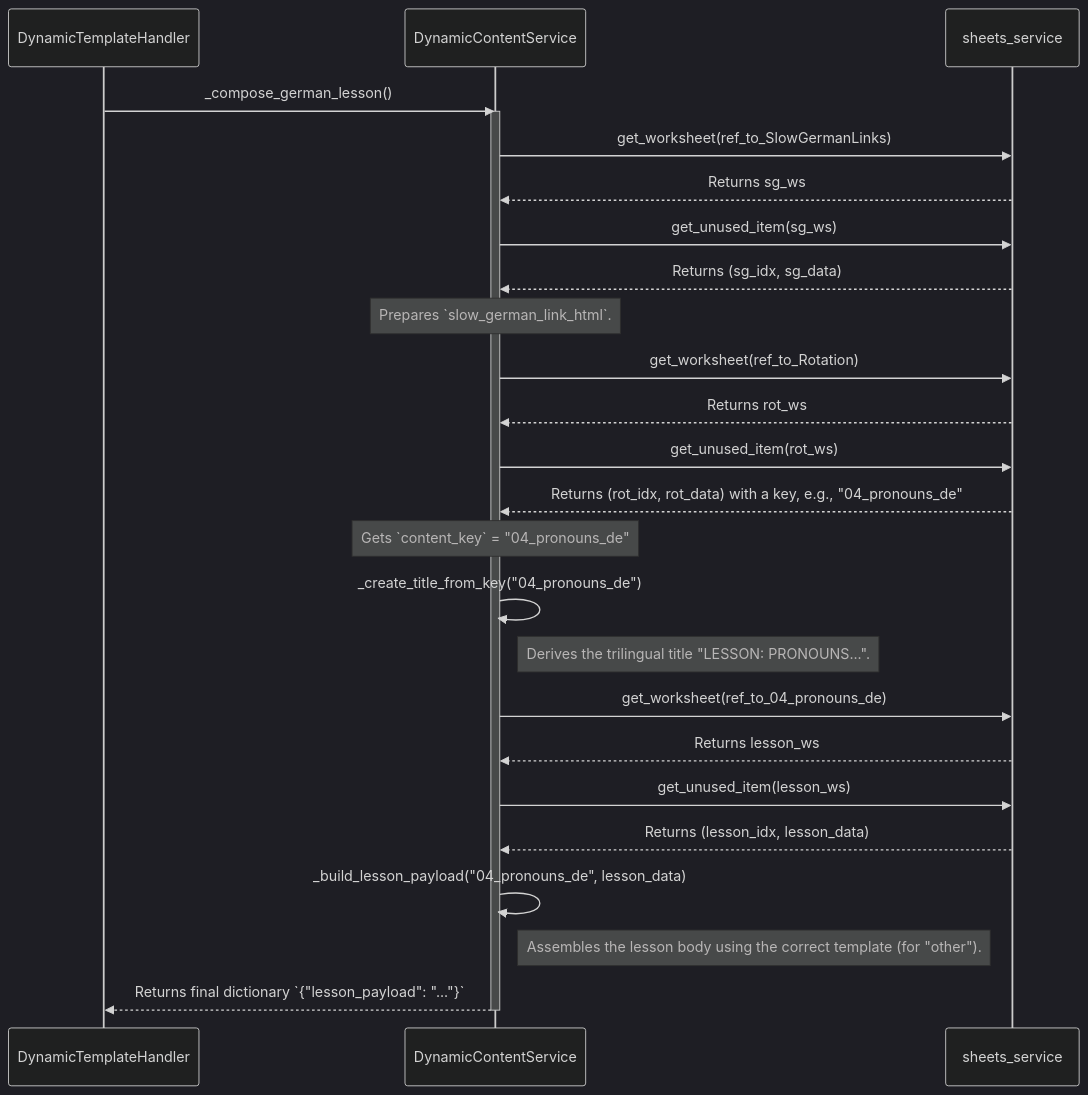
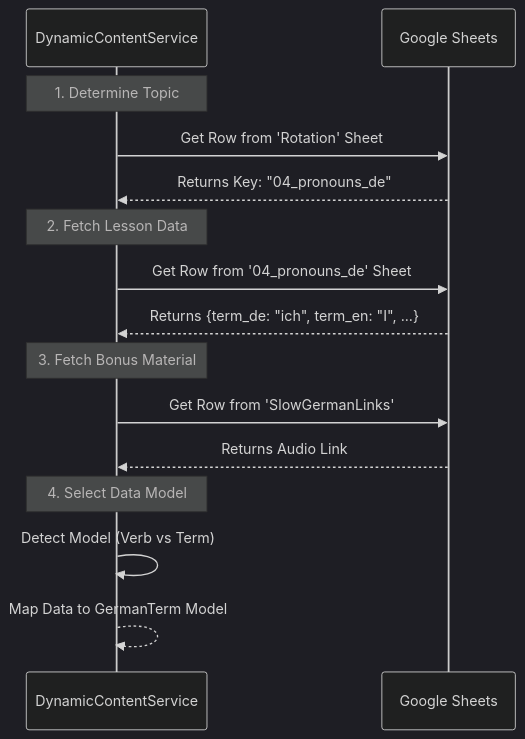
The second of 2 diagrams in docs/how_to/for_programmers/06_service_dynamic_content.md (OpenXFlow/PulserBot), drawn with Mermaid (dark theme) before and after one commit. The commit also changed other lines of this file and 105 other files, not shown here.

First line of the commit message:
docs: update architecture to v3.0 (Hybrid) and add redirect hub

````diff
--- a/docs/how_to/for_programmers/06_service_dynamic_content.md
+++ b/docs/how_to/for_programmers/06_service_dynamic_content.md
@@ -53,35 +57,21 @@
 ```mermaid
 sequenceDiagram
-    participant Handler as DynamicTemplateHandler
     participant Service as DynamicContentService
-    participant Sheets as sheets_service
-
-    Handler->>Service: _compose_german_lesson()
-    activate Service
-
-    Service->>Sheets: get_worksheet(ref_to_SlowGermanLinks)
-    Sheets-->>Service: Returns sg_ws
-    Service->>Sheets: get_unused_item(sg_ws)
-    Sheets-->>Service: Returns (sg_idx, sg_data)
-    Note over Service: Prepares `slow_german_link_html`.
+    participant Sheets as Google Sheets
     
-    Service->>Sheets: get_worksheet(ref_to_Rotation)
-    Sheets-->>Service: Returns rot_ws
-    Service->>Sheets: get_unused_item(rot_ws)
-    Sheets-->>Service: Returns (rot_idx, rot_data) with a key, e.g., "04_pronouns_de"
-    Note over Service: Gets `content_key` = "04_pronouns_de"
-
-    Service->>Service: _create_title_from_key("04_pronouns_de")
-    Note right of Service: Derives the trilingual title "LESSON: PRONOUNS...".
-
-    Service->>Sheets: get_worksheet(ref_to_04_pronouns_de)
-    Sheets-->>Service: Returns lesson_ws
-    Service->>Sheets: get_unused_item(lesson_ws)
-    Sheets-->>Service: Returns (lesson_idx, lesson_data)
+    Note over Service: 1. Determine Topic
+    Service->>Sheets: Get Row from 'Rotation' Sheet
+    Sheets-->>Service: Returns Key: "04_pronouns_de"
     
-    Service->>Service: _build_lesson_payload("04_pronouns_de", lesson_data)
-    Note right of Service: Assembles the lesson body using the correct template (for "other").
+    Note over Service: 2. Fetch Lesson Data
+    Service->>Sheets: Get Row from '04_pronouns_de' Sheet
+    Sheets-->>Service: Returns {term_de: "ich", term_en: "I", ...}
     
-    Service-->>Handler: Returns final dictionary `{"lesson_payload": "..."}`
-    deactivate Service
+    Note over Service: 3. Fetch Bonus Material
+    Service->>Sheets: Get Row from 'SlowGermanLinks'
+    Sheets-->>Service: Returns Audio Link
+    
+    Note over Service: 4. Select Data Model
+    Service->>Service: Detect Model (Verb vs Term)
+    Service-->>Service: Map Data to GermanTerm Model
 ```
````
